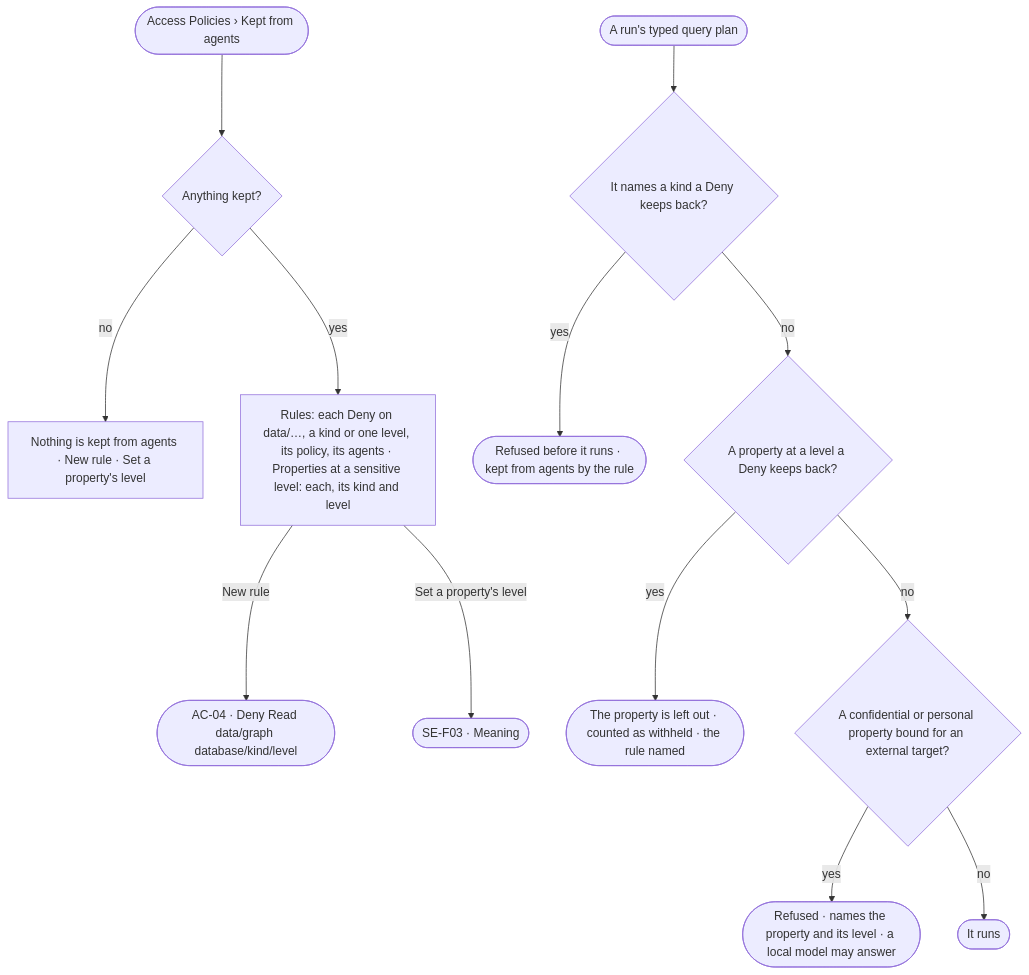
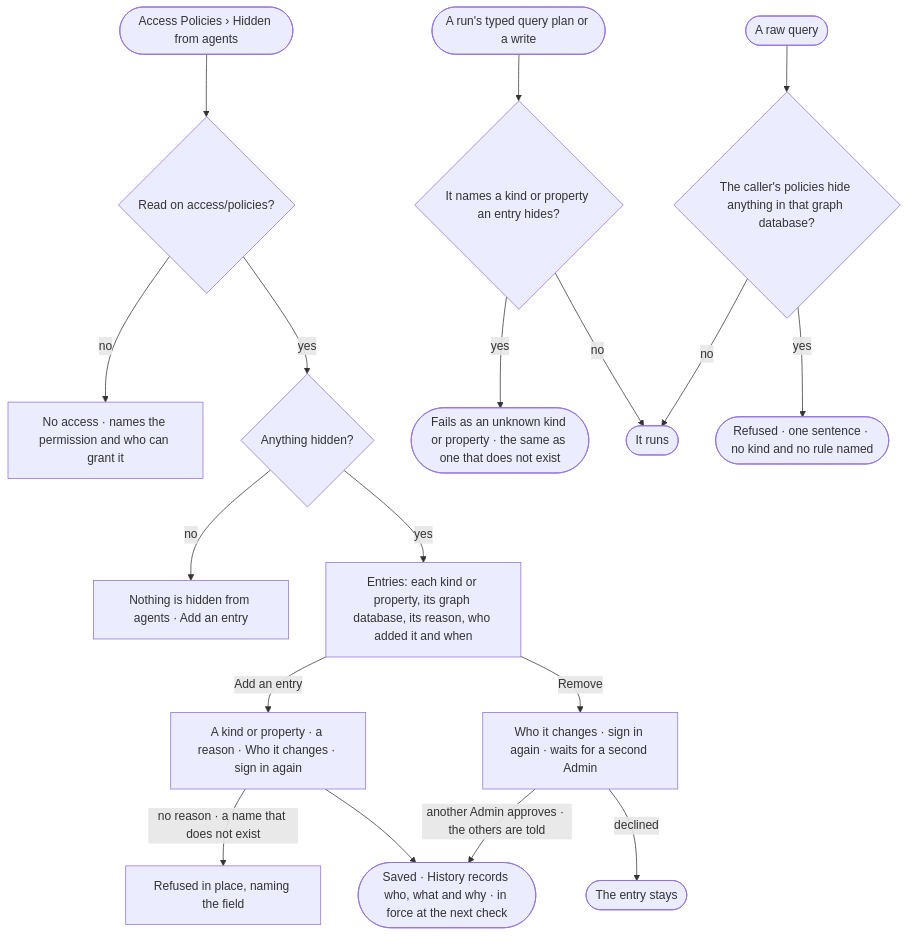
One commit to invana/invana changed the diagram in specs/os/access/features/AC-F02-access-policies/stories/AC-27-keep-a-kind-or-a-sensitive-property-from-agents/story.md. Above: the diagram before and after it, drawn with Mermaid. The commit also changed other lines of this file and 456 other files, not shown here.

````diff
--- a/specs/os/access/features/AC-F02-access-policies/stories/AC-27-keep-a-kind-or-a-sensitive-property-from-agents/story.md
+++ b/specs/os/access/features/AC-F02-access-policies/stories/AC-27-keep-a-kind-or-a-sensitive-property-from-agents/story.md
@@ -30,15 +31,20 @@
 ```mermaid
 flowchart TD
-  s([Access Policies › Kept from agents]) --> k{"Anything kept?"}
-  k -->|no| e["Nothing is kept from agents · New rule · Set a property's level"]
-  k -->|yes| l["Rules: each Deny on data/…, a kind or one level, its policy, its agents · Properties at a sensitive level: each, its kind and level"]
-  l -->|New rule| r(["AC-04 · Deny Read data/graph database/kind/level"])
-  l -->|Set a property's level| m(["SE-F03 · Meaning"])
-  q([A run's typed query plan]) --> c{"It names a kind a Deny keeps back?"}
-  c -->|yes| ref(["Refused before it runs · kept from agents by the rule"])
-  c -->|no| lv{"A property at a level a Deny keeps back?"}
-  lv -->|yes| wh(["The property is left out · counted as withheld · the rule named"])
-  lv -->|no| p{"A confidential or personal property bound for an external target?"}
-  p -->|yes| rp(["Refused · names the property and its level · a local model may answer"])
-  p -->|no| go(["It runs"])
+  s([Access Policies › Hidden from agents]) --> g{"Read on access/policies?"}
+  g -->|no| na["No access · names the permission and who can grant it"]
+  g -->|yes| k{"Anything hidden?"}
+  k -->|no| e["Nothing is hidden from agents · Add an entry"]
+  k -->|yes| l["Entries: each kind or property, its graph database, its reason, who added it and when"]
+  l -->|Add an entry| a["A kind or property · a reason · Who it changes · sign in again"]
+  l -->|Remove| rm["Who it changes · sign in again · waits for a second Admin"]
+  a -->|no reason · a name that does not exist| ref["Refused in place, naming the field"]
+  a --> hist(["Saved · History records who, what and why · in force at the next check"])
+  rm -->|another Admin approves · the others are told| hist
+  rm -->|declined| keep(["The entry stays"])
+  q([A run's typed query plan or a write]) --> c{"It names a kind or property an entry hides?"}
+  c -->|yes| unk(["Fails as an unknown kind or property · the same as one that does not exist"])
+  c -->|no| go(["It runs"])
+  rq([A raw query]) --> rh{"The caller's policies hide anything in that graph database?"}
+  rh -->|yes| rr(["Refused · one sentence · no kind and no rule named"])
+  rh -->|no| go
 ```
````
